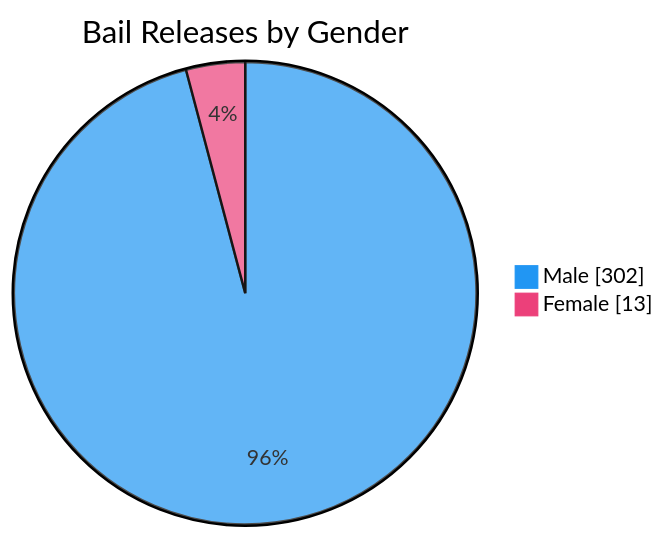
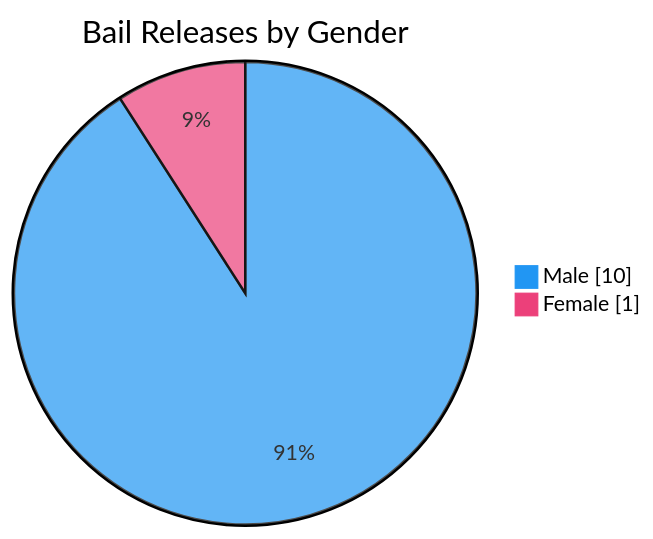
One commit to nuuuwan/lk_prisons changed the seventh of 7 diagrams in README.md. Above: the diagram before and after it, drawn with Mermaid. The commit also changed other lines of this file and 1 other file, not shown here.

````diff
--- a/README.md
+++ b/README.md
@@ -109,6 +109,6 @@
 ```mermaid
 %%{init: {'themeVariables': {'pie1': '#2196F3', 'pie2': '#EC407A'}}}%%
 pie showData title Bail Releases by Gender
-    "Male" : 302
-    "Female" : 13
+    "Male" : 10
+    "Female" : 1
 ```
````
